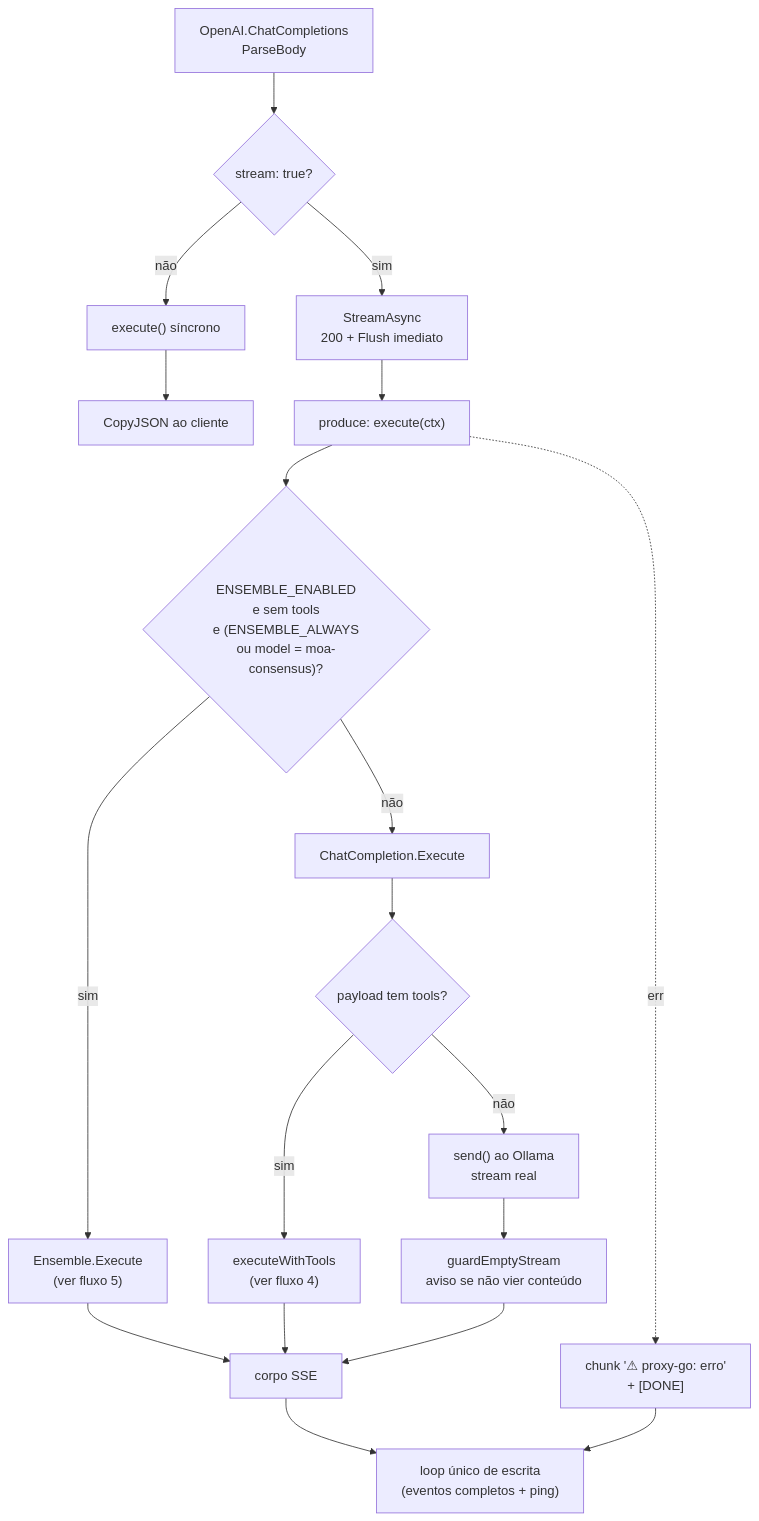
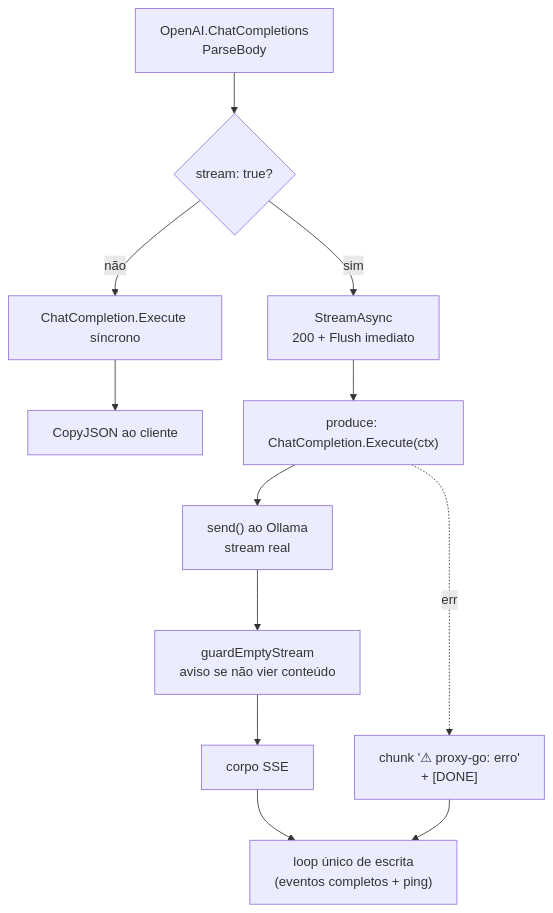
The fifth of 7 diagrams in README.md (CristianBernardes/proxy-go), drawn with Mermaid before and after one commit. The commit also changed other lines of this file and 10 other files, not shown here.

````diff
--- a/README.md
+++ b/README.md
@@ -167,20 +165,13 @@
 ```mermaid
 flowchart TD
     A["OpenAI.ChatCompletions\nParseBody"] --> B{"stream: true?"}
-    B -->|"não"| C["execute() síncrono"] --> C2["CopyJSON ao cliente"]
+    B -->|"não"| C["ChatCompletion.Execute síncrono"] --> C2["CopyJSON ao cliente"]
     B -->|"sim"| D["StreamAsync\n200 + Flush imediato"]
-    D --> E["produce: execute(ctx)"]
-    E --> F{"ENSEMBLE_ENABLED\ne sem tools\ne (ENSEMBLE_ALWAYS\nou model = moa-consensus)?"}
-    F -->|"sim"| G["Ensemble.Execute\n(ver fluxo 5)"]
-    F -->|"não"| H["ChatCompletion.Execute"]
-    H --> I{"payload tem tools?"}
-    I -->|"sim"| J["executeWithTools\n(ver fluxo 4)"]
-    I -->|"não"| K["send() ao Ollama\nstream real"]
+    D --> E["produce: ChatCompletion.Execute(ctx)"]
+    E --> K["send() ao Ollama\nstream real"]
     K --> K2["guardEmptyStream\naviso se não vier conteúdo"]
-    G --> L["corpo SSE"]
-    J --> L
-    K2 --> L
+    K2 --> L["corpo SSE"]
     L --> M["loop único de escrita\n(eventos completos + ping)"]
     E -.erro.-> N["chunk '⚠ proxy-go: erro'\n+ [DONE]"]
     N --> M
 ```
````
